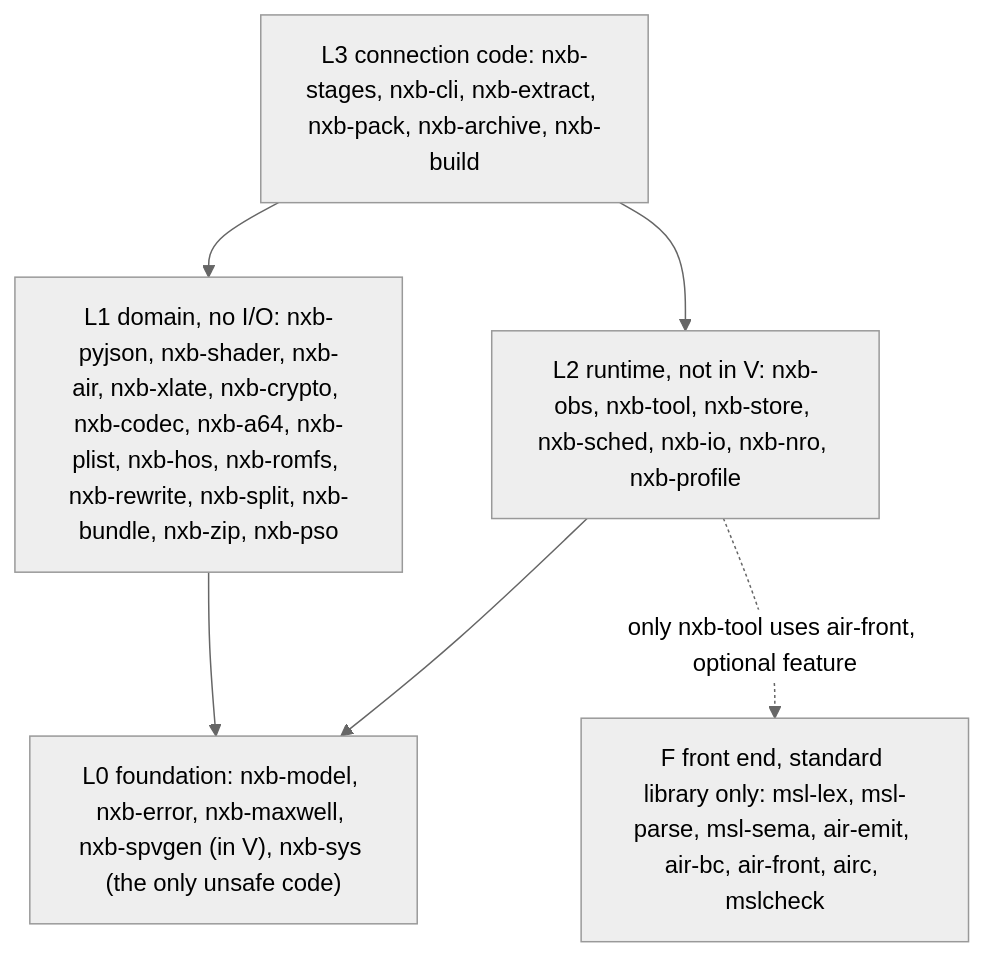
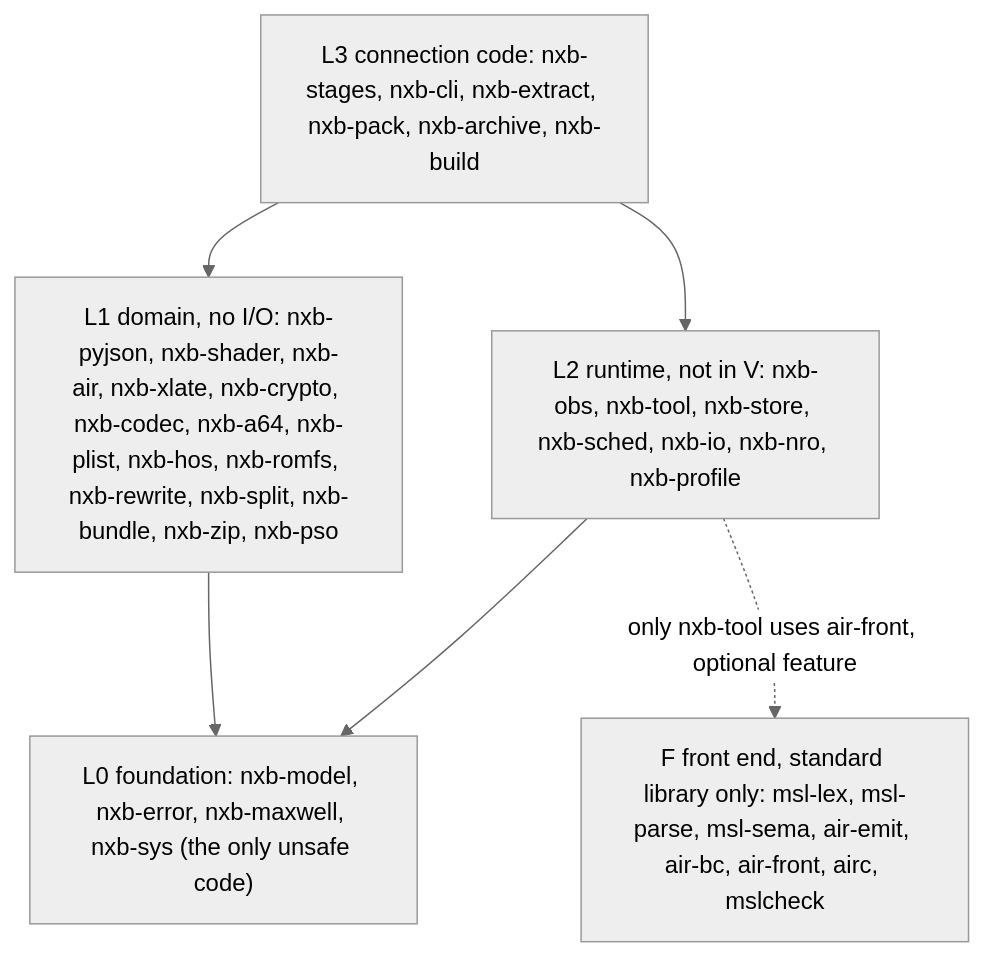
The first of 2 diagrams in docs/architecture.md (ComicBit/nxkit), drawn with Mermaid (neutral theme) before and after one commit. The commit also changed other lines of this file and 3 other files, not shown here.

````diff
--- a/docs/architecture.md
+++ b/docs/architecture.md
@@ -19,11 +19,11 @@
 ```mermaid
 flowchart TD
   L3["L3 connection code: nxb-stages, nxb-cli, nxb-extract, nxb-pack, nxb-archive, nxb-build"]
   L2["L2 runtime, not in V: nxb-obs, nxb-tool, nxb-store, nxb-sched, nxb-io, nxb-nro, nxb-profile"]
   L1["L1 domain, no I/O: nxb-pyjson, nxb-shader, nxb-air, nxb-xlate, nxb-crypto, nxb-codec, nxb-a64, nxb-plist, nxb-hos, nxb-romfs, nxb-rewrite, nxb-split, nxb-bundle, nxb-zip, nxb-pso"]
-  L0["L0 foundation: nxb-model, nxb-error, nxb-maxwell, nxb-spvgen (in V), nxb-sys (the only unsafe code)"]
+  L0["L0 foundation: nxb-model, nxb-error, nxb-maxwell, nxb-sys (the only unsafe code)"]
   LF["F front end, standard library only: msl-lex, msl-parse, msl-sema, air-emit, air-bc, air-front, airc, mslcheck"]
   L3 --> L2 --> L0
   L3 --> L1 --> L0
   L2 -.->|only nxb-tool uses air-front, optional feature| LF
 ```
````
